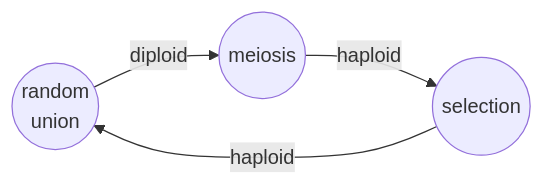
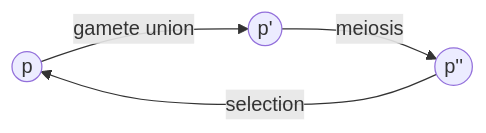
The first of 2 diagrams in docs/lectures/lecture-04.md (osmond-lab/eeb314), drawn with Mermaid before and after one commit. The commit also changed other lines of this file and 15 other files, not shown here.

Commit message:
consistent life cycle diagrams in lecture 4

````diff
--- a/docs/lectures/lecture-04.md
+++ b/docs/lectures/lecture-04.md
@@ -64,6 +64,6 @@
 ```mermaid
     graph LR;
-    A((random<br> union)) --diploid--> B((meiosis));
-    B --haploid--> C((selection));
-    C --haploid--> A;
+    A((p)) --gamete union--> B((p'));
+    B --meiosis--> C((p''));
+    C --selection--> A;
 ```    
````
